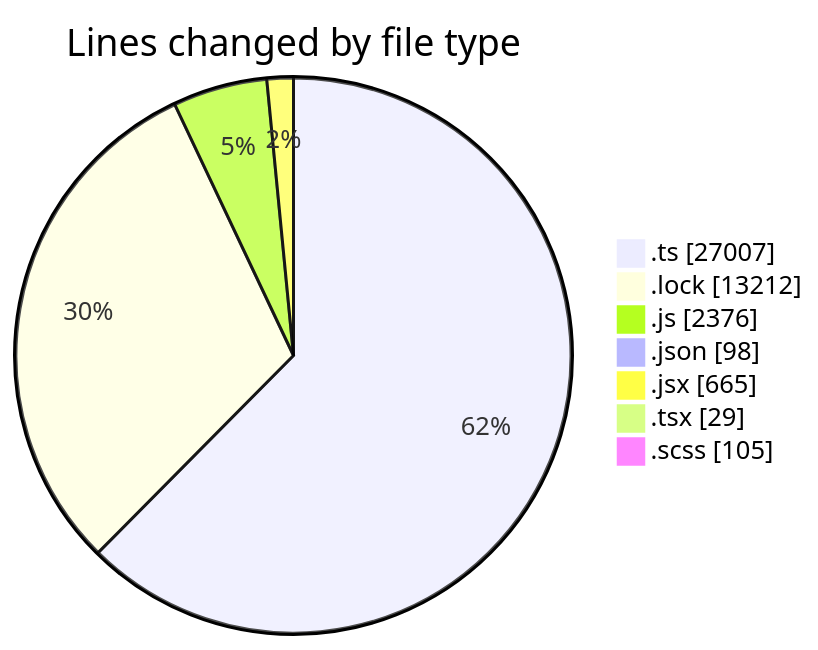
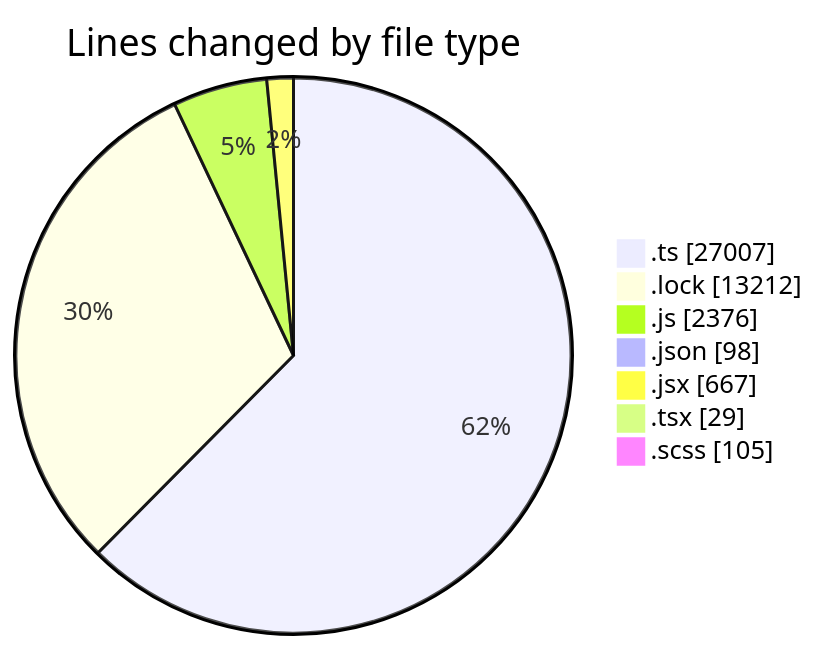
Before and after one commit to momahboobian/code-tracking: the first of 2 diagrams in 2025-05-16/cda/README.md, drawn with Mermaid. The commit also changed other lines of this file and 1 other file, not shown here.

````diff
--- a/2025-05-16/cda/README.md
+++ b/2025-05-16/cda/README.md
@@ -40,11 +40,11 @@
 ```mermaid
 pie showData
 title Lines changed by file type
 ".ts" : 27007
 ".lock" : 13212
 ".js" : 2376
 ".json" : 98
-".jsx" : 665
+".jsx" : 667
 ".tsx" : 29
 ".scss" : 105
 ```
````
